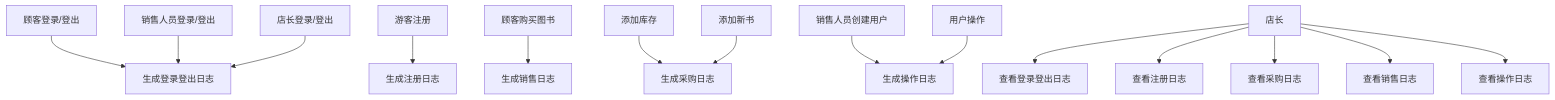
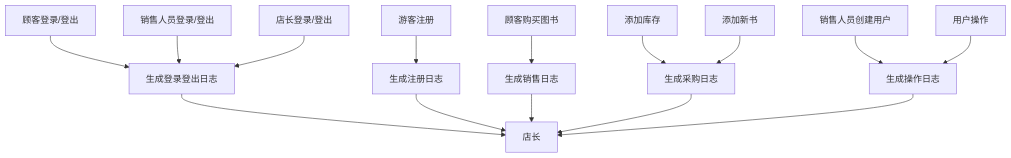
The fourth of 8 diagrams in 需求分析文档.md (yuki-cjm/Bookstore-2025), drawn with Mermaid before and after one commit.

Commit message:
feat:Update the requirements analysis document.

````diff
--- a/需求分析文档.md
+++ b/需求分析文档.md
@@ -181,32 +181,28 @@
 ```mermaid
 graph TD
     A1[顾客登录/登出]-->D1
     B1[销售人员登录/登出]-->D1
     C1[店长登录/登出]-->D1
     D1[生成登录登出日志]
 
     A2[游客注册]-->D2
     D2[生成注册日志]
 
     A3[顾客购买图书]-->D3
     D3[生成销售日志]
 
     B4[添加库存]-->D4
     C4[添加新书]-->D4
     D4[生成采购日志]
 
     A6[销售人员创建用户]-->D6
     B6[用户操作]-->D6
     D6[生成操作日志]
 
-    A5[店长]-->B5
-    A5-->C5
-    A5-->D5
-    A5-->E5
-    A5-->F5
-    B5[查看登录登出日志]
-    C5[查看注册日志]
-    D5[查看采购日志]
-    E5[查看销售日志]
-    F5[查看操作日志]
+    A5[店长]
+    D1-->A5
+    D2-->A5
+    D3-->A5
+    D4-->A5
+    D6-->A5
 ```
````
